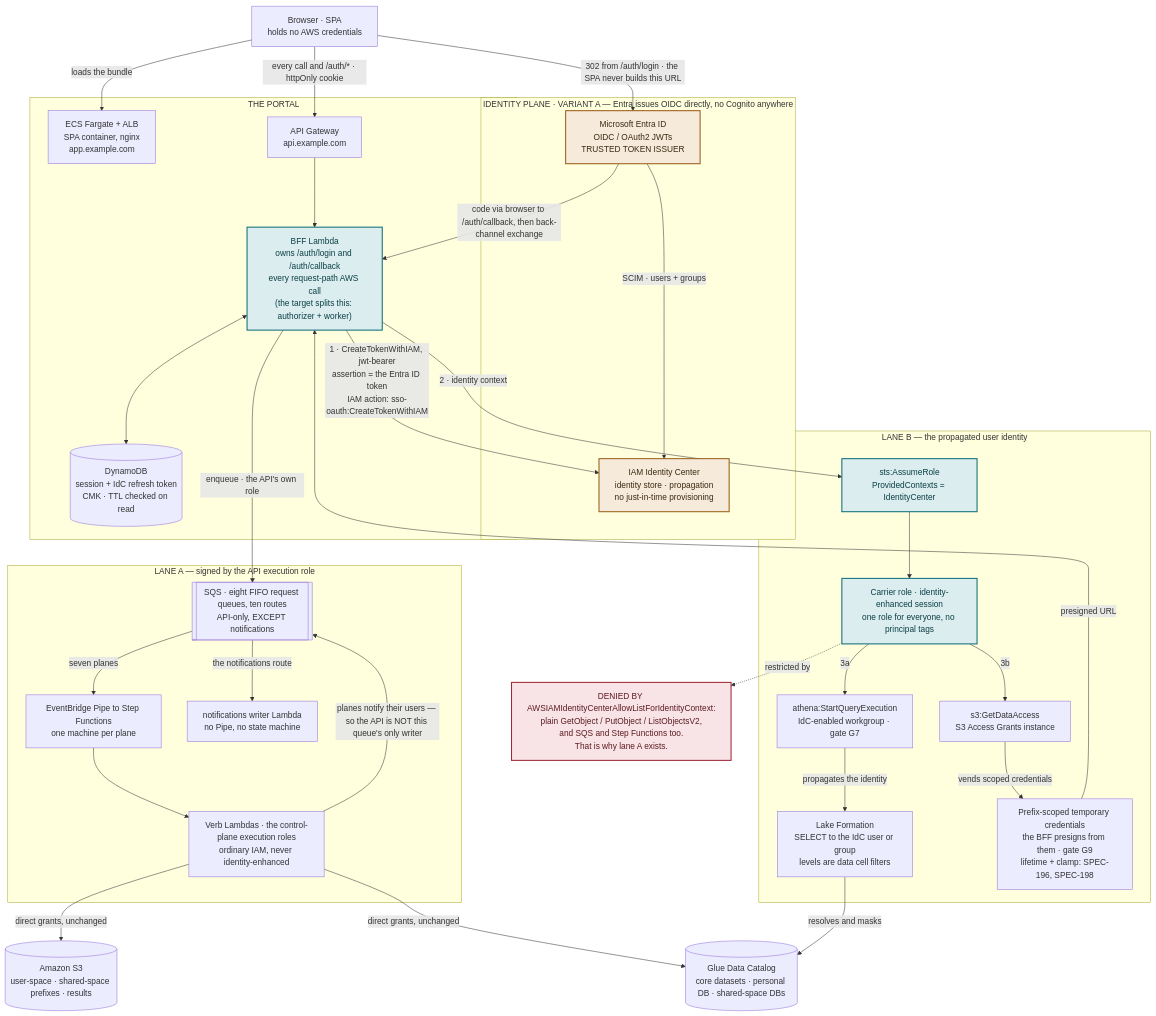
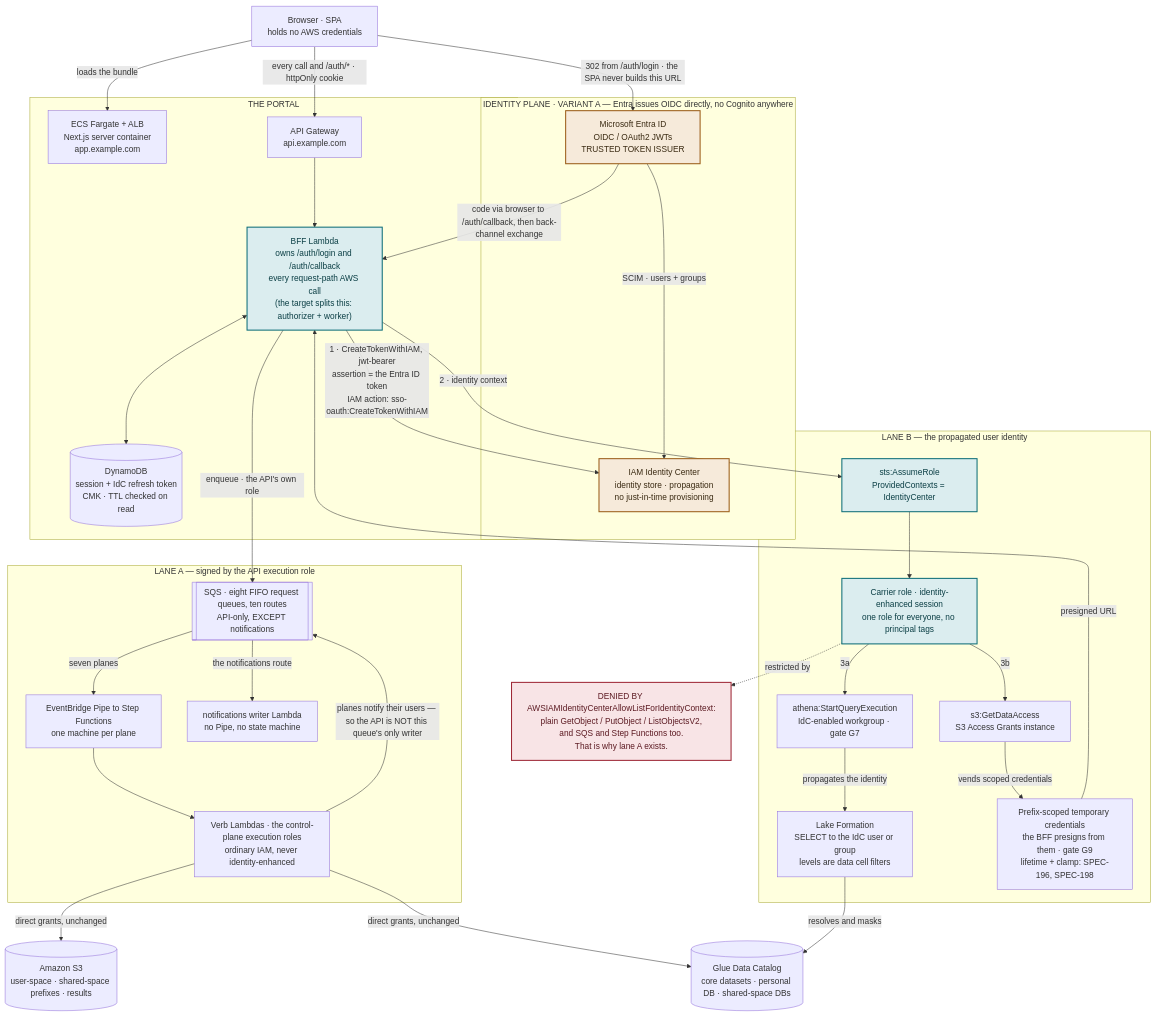
Before and after one commit to agriffi10/data-analysis-prototype: the first of 3 diagrams in docs/target-architecture-variants.md, drawn with Mermaid. The commit also changed 28 other files, not shown here.

````diff
--- a/docs/target-architecture-variants.md
+++ b/docs/target-architecture-variants.md
@@ -87,65 +87,65 @@
 ```mermaid
 flowchart TB
   BR["Browser · SPA<br/>holds no AWS credentials"]
 
   subgraph IDPLANE["IDENTITY PLANE · VARIANT A — Entra issues OIDC directly, no Cognito anywhere"]
     ENTRA["Microsoft Entra ID<br/>OIDC / OAuth2 JWTs<br/>TRUSTED TOKEN ISSUER"]
     IDC["IAM Identity Center<br/>identity store · propagation<br/>no just-in-time provisioning"]
     ENTRA -->|"SCIM · users + groups"| IDC
   end
 
   subgraph PORTAL["THE PORTAL"]
-    SPA["ECS Fargate + ALB<br/>SPA container, nginx<br/>app.example.com"]
+    SPA["ECS Fargate + ALB<br/>Next.js server container<br/>app.example.com"]
     APIGW["API Gateway<br/>api.example.com"]
     BFF["BFF Lambda<br/>owns /auth/login and /auth/callback<br/>every request-path AWS call<br/>(the target splits this: authorizer + worker)"]
     DDB[("DynamoDB<br/>session + IdC refresh token<br/>CMK · TTL checked on read")]
   end
 
   subgraph LANEA["LANE A — signed by the API execution role"]
     SQS[["SQS · eight FIFO request queues, ten routes<br/>API-only, EXCEPT notifications"]]
     PIPE["EventBridge Pipe to Step Functions<br/>one machine per plane"]
     VERBS["Verb Lambdas · the control-plane execution roles<br/>ordinary IAM, never identity-enhanced"]
     NOTIFW["notifications writer Lambda<br/>no Pipe, no state machine"]
   end
 
   subgraph LANEB["LANE B — the propagated user identity"]
     STS["sts:AssumeRole<br/>ProvidedContexts = IdentityCenter"]
     CARRIER["Carrier role · identity-enhanced session<br/>one role for everyone, no principal tags"]
     ATHENA["athena:StartQueryExecution<br/>IdC-enabled workgroup · gate G7"]
     LF["Lake Formation<br/>SELECT to the IdC user or group<br/>levels are data cell filters"]
     AG["s3:GetDataAccess<br/>S3 Access Grants instance"]
     CREDS["Prefix-scoped temporary credentials<br/>the BFF presigns from them · gate G9<br/>lifetime + clamp: SPEC-196, SPEC-198"]
   end
 
   DENY["DENIED BY AWSIAMIdentityCenterAllowListForIdentityContext:<br/>plain GetObject / PutObject / ListObjectsV2,<br/>and SQS and Step Functions too.<br/>That is why lane A exists."]
 
   GLUE[("Glue Data Catalog<br/>core datasets · personal DB · shared-space DBs")]
   S3[("Amazon S3<br/>user-space · shared-space prefixes · results")]
 
   BR -->|"302 from /auth/login · the SPA never builds this URL"| ENTRA
   ENTRA -->|"code via browser to /auth/callback, then back-channel exchange"| BFF
   BR -->|"loads the bundle"| SPA
   BR -->|"every call and /auth/* · httpOnly cookie"| APIGW
   APIGW --> BFF
   BFF <--> DDB
   BFF -->|"1 · CreateTokenWithIAM, jwt-bearer<br/>assertion = the Entra ID token<br/>IAM action: sso-oauth:CreateTokenWithIAM"| IDC
 
   BFF -->|"enqueue · the API's own role"| SQS
   SQS -->|"seven planes"| PIPE --> VERBS
   SQS -->|"the notifications route"| NOTIFW
   VERBS -->|"direct grants, unchanged"| S3
   VERBS -->|"direct grants, unchanged"| GLUE
   VERBS -->|"planes notify their users — so the API is NOT this queue's only writer"| SQS
 
   BFF -->|"2 · identity context"| STS --> CARRIER
   CARRIER -.->|"restricted by"| DENY
   CARRIER -->|"3a"| ATHENA -->|"propagates the identity"| LF -->|"resolves and masks"| GLUE
   CARRIER -->|"3b"| AG -->|"vends scoped credentials"| CREDS -->|"presigned URL"| BFF
 
   classDef variant fill:#F6EADA,stroke:#9B5D18,stroke-width:2px,color:#3A2A12
   classDef session fill:#DBEDEF,stroke:#0E6E78,stroke-width:2px,color:#0B3F45
   classDef deny fill:#F8E4E6,stroke:#9E2937,stroke-width:2px,color:#5C1A22
   class ENTRA,IDC variant
   class BFF,STS,CARRIER session
   class DENY deny
 ```
````
